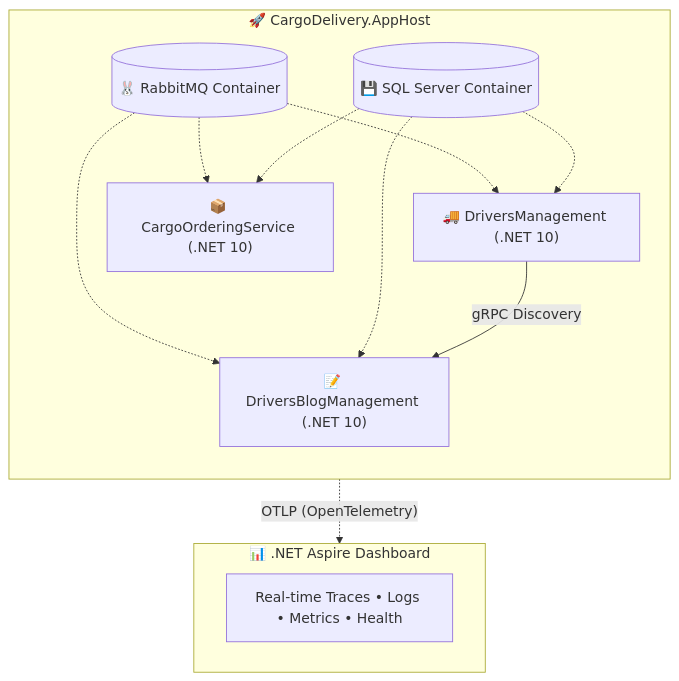
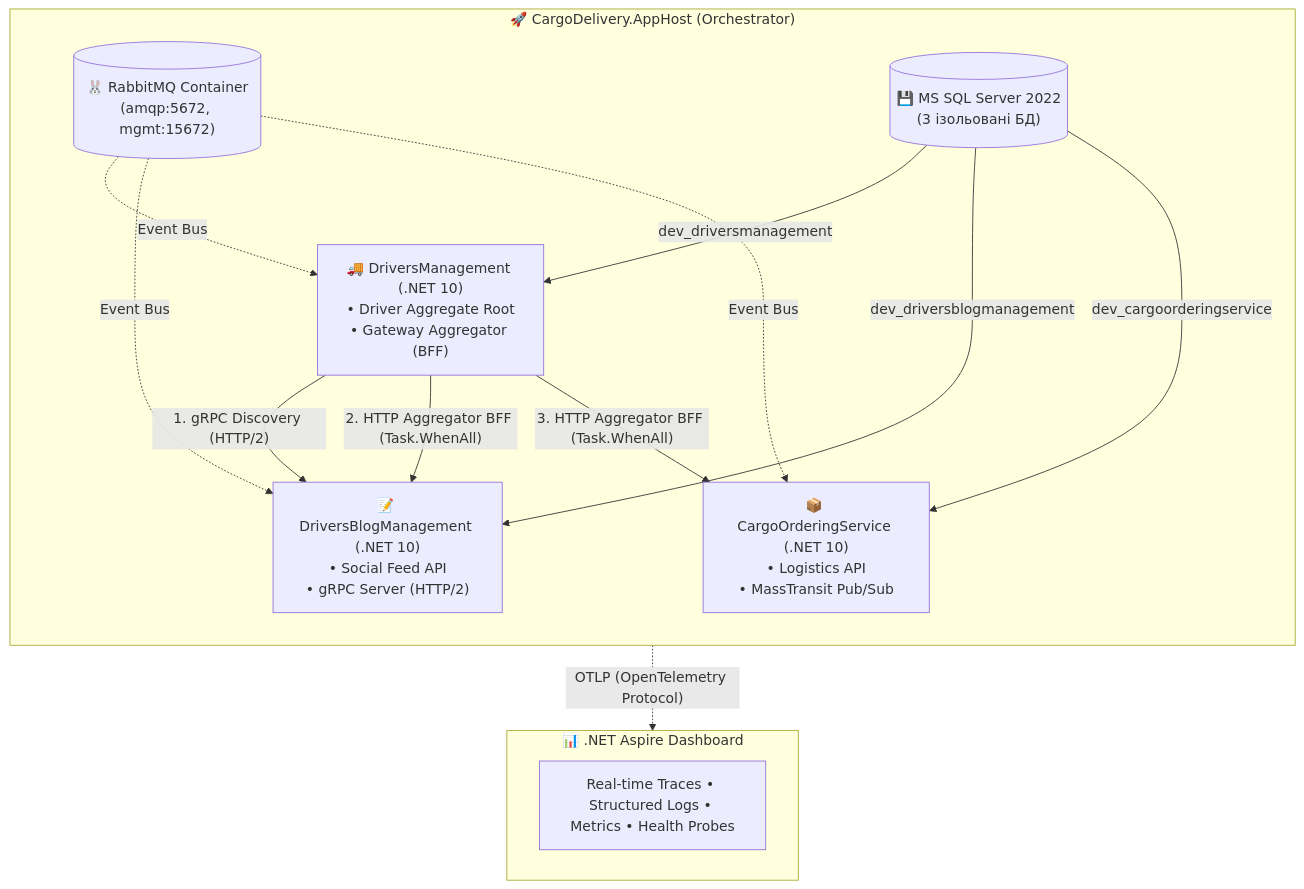
Before and after one commit to MrTomkaYurii/Demo-CargoDeliveryService: the diagram in 02-Microservices-Craftsman/02-01-Aspire-Documentation/README.md, drawn with Mermaid. The commit also changed other lines of this file and 4 other files, not shown here.

````diff
--- a/02-Microservices-Craftsman/02-01-Aspire-Documentation/README.md
+++ b/02-Microservices-Craftsman/02-01-Aspire-Documentation/README.md
@@ -17,28 +17,30 @@
 ```mermaid
 flowchart TD
     subgraph Dashboard ["📊 .NET Aspire Dashboard"]
-        D_UI["Real-time Traces • Logs • Metrics • Health"]
+        D_UI["Real-time Traces • Structured Logs • Metrics • Health Probes"]
     end
 
-    subgraph AppHost ["🚀 CargoDelivery.AppHost"]
+    subgraph AppHost ["🚀 CargoDelivery.AppHost (Orchestrator)"]
         direction TB
-        RMQ[("🐰 RabbitMQ Container")]
-        SQL[("💾 SQL Server Container")]
+        RMQ[("🐰 RabbitMQ Container<br/>(amqp:5672, mgmt:15672)")]
+        SQL[("💾 MS SQL Server 2022<br/>(3 ізольовані БД)")]
         
-        DM["🚚 DriversManagement (.NET 10)"]
-        DB["📝 DriversBlogManagement (.NET 10)"]
-        CO["📦 CargoOrderingService (.NET 10)"]
+        DM["🚚 DriversManagement (.NET 10)<br/>• Driver Aggregate Root<br/>• Gateway Aggregator (BFF)"]
+        DB["📝 DriversBlogManagement (.NET 10)<br/>• Social Feed API<br/>• gRPC Server (HTTP/2)"]
+        CO["📦 CargoOrderingService (.NET 10)<br/>• Logistics API<br/>• MassTransit Pub/Sub"]
 
-        RMQ -.-> DM
-        RMQ -.-> DB
-        RMQ -.-> CO
+        SQL -->|dev_driversmanagement| DM
+        SQL -->|dev_driversblogmanagement| DB
+        SQL -->|dev_cargoorderingservice| CO
 
-        SQL -.-> DM
-        SQL -.-> DB
-        SQL -.-> CO
+        RMQ -.->|Event Bus| DM
+        RMQ -.->|Event Bus| DB
+        RMQ -.->|Event Bus| CO
 
-        DM -- "gRPC Discovery" --> DB
+        DM -- "1. gRPC Discovery (HTTP/2)" --> DB
+        DM -- "2. HTTP Aggregator BFF (Task.WhenAll)" --> DB
+        DM -- "3. HTTP Aggregator BFF (Task.WhenAll)" --> CO
     end
 
-    AppHost -. "OTLP (OpenTelemetry)" .-> Dashboard
+    AppHost -. "OTLP (OpenTelemetry Protocol)" .-> Dashboard
 ```
````
